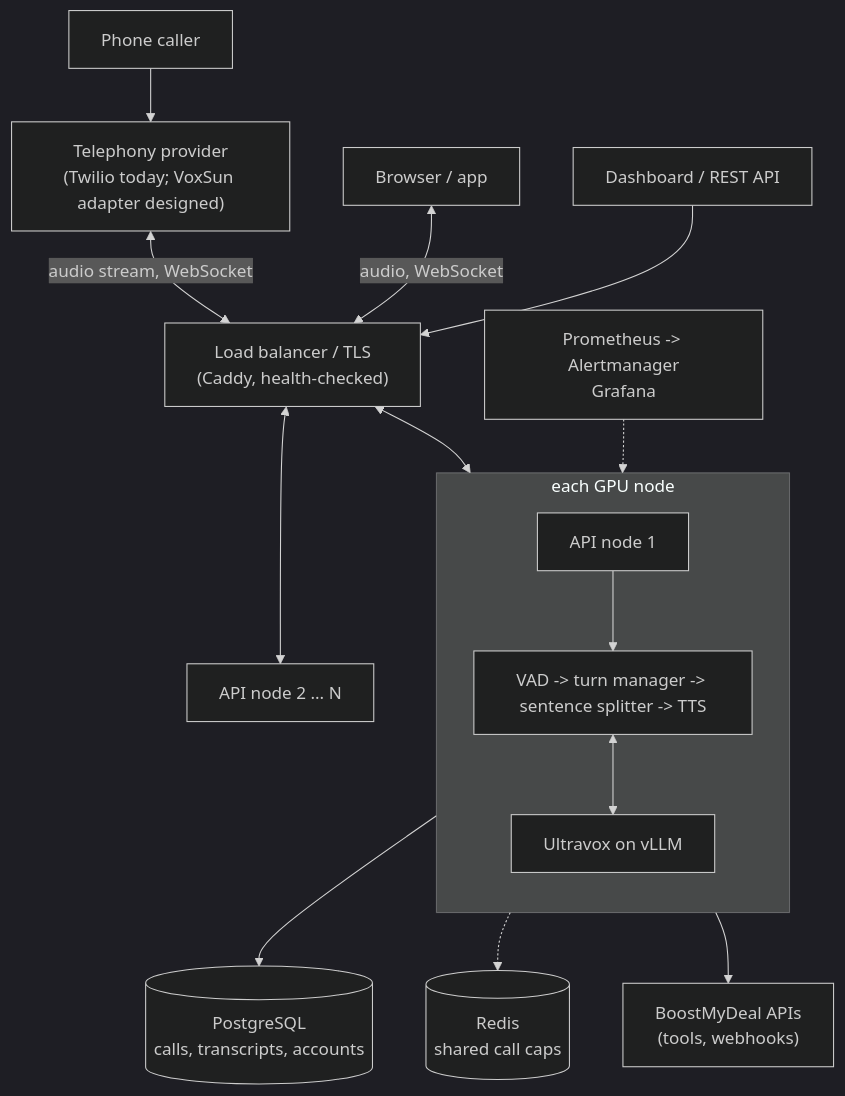
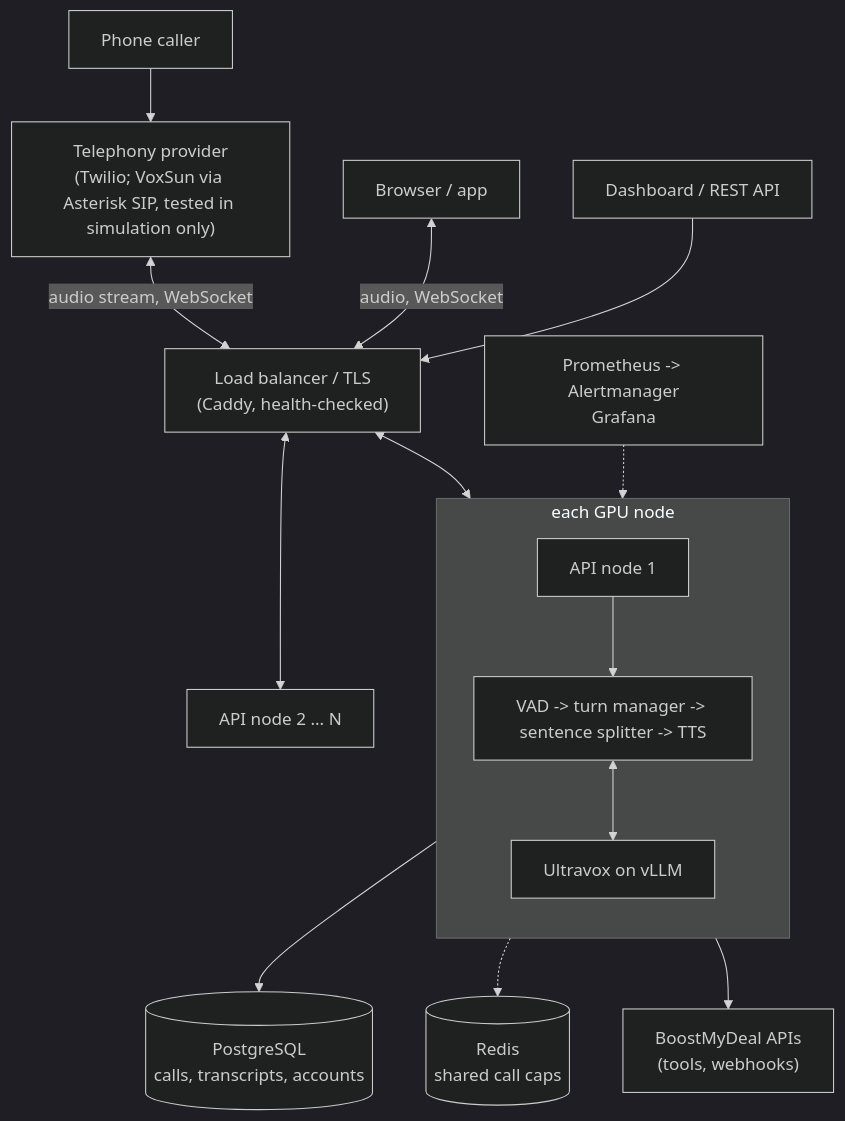
One commit to Aravind-11/voxplatform changed the diagram in docs/ASSESSMENT.md. Above: the diagram before and after it, drawn with Mermaid (dark theme). The commit also changed other lines of this file and 4 other files, not shown here.

````diff
--- a/docs/ASSESSMENT.md
+++ b/docs/ASSESSMENT.md
@@ -44,18 +44,18 @@
 ```mermaid
 flowchart TB
-    P["Phone caller"] --> TEL["Telephony provider<br/>(Twilio today; VoxSun adapter designed)"]
+    P["Phone caller"] --> TEL["Telephony provider<br/>(Twilio; VoxSun via Asterisk SIP, tested in simulation only)"]
     TEL <-->|"audio stream, WebSocket"| LB["Load balancer / TLS<br/>(Caddy, health-checked)"]
     BR["Browser / app"] <-->|"audio, WebSocket"| LB
     LB <--> N1["API node 1"]
     LB <--> N2["API node 2 ... N"]
     subgraph NODE["each GPU node"]
         direction TB
         N1 --> PIPE["VAD -> turn manager -> sentence splitter -> TTS"]
         PIPE <--> VLLM["Ultravox on vLLM"]
     end
     N1 --> DB[("PostgreSQL<br/>calls, transcripts, accounts")]
     N1 -.-> RD[("Redis<br/>shared call caps")]
     N1 --> BMD["BoostMyDeal APIs<br/>(tools, webhooks)"]
     MON["Prometheus -> Alertmanager<br/>Grafana"] -.-> N1
     ADMIN["Dashboard / REST API"] --> LB
 ```
````
